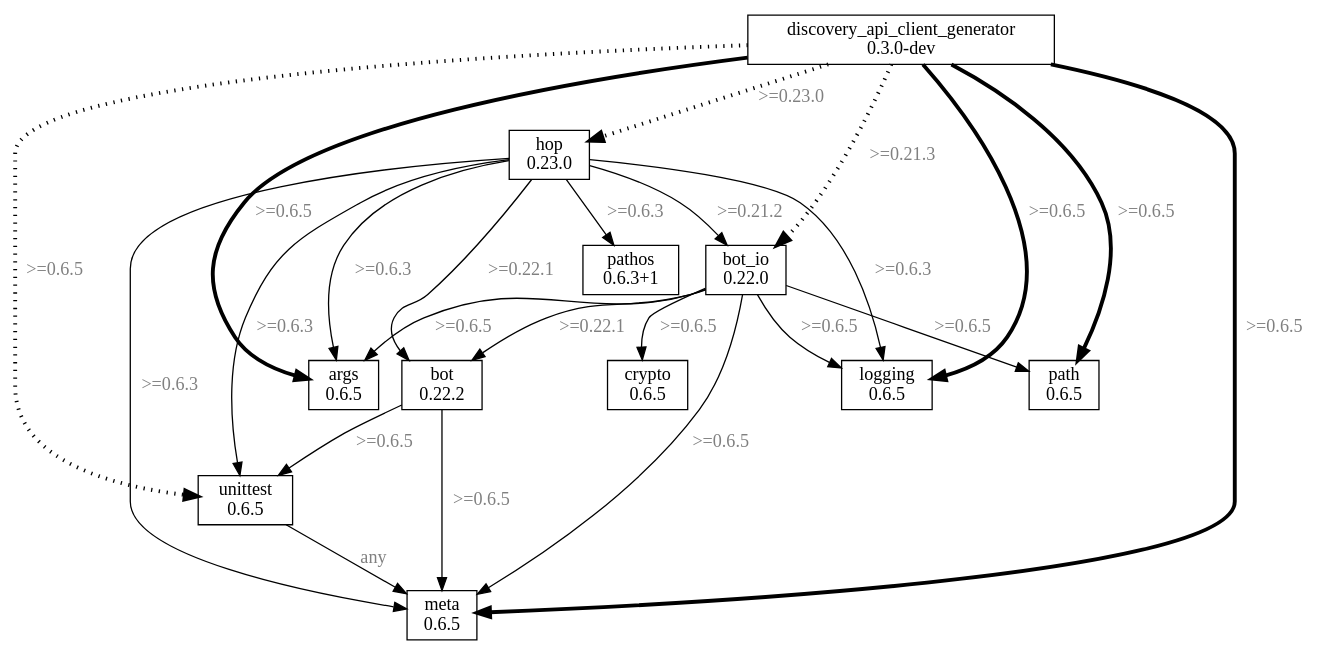
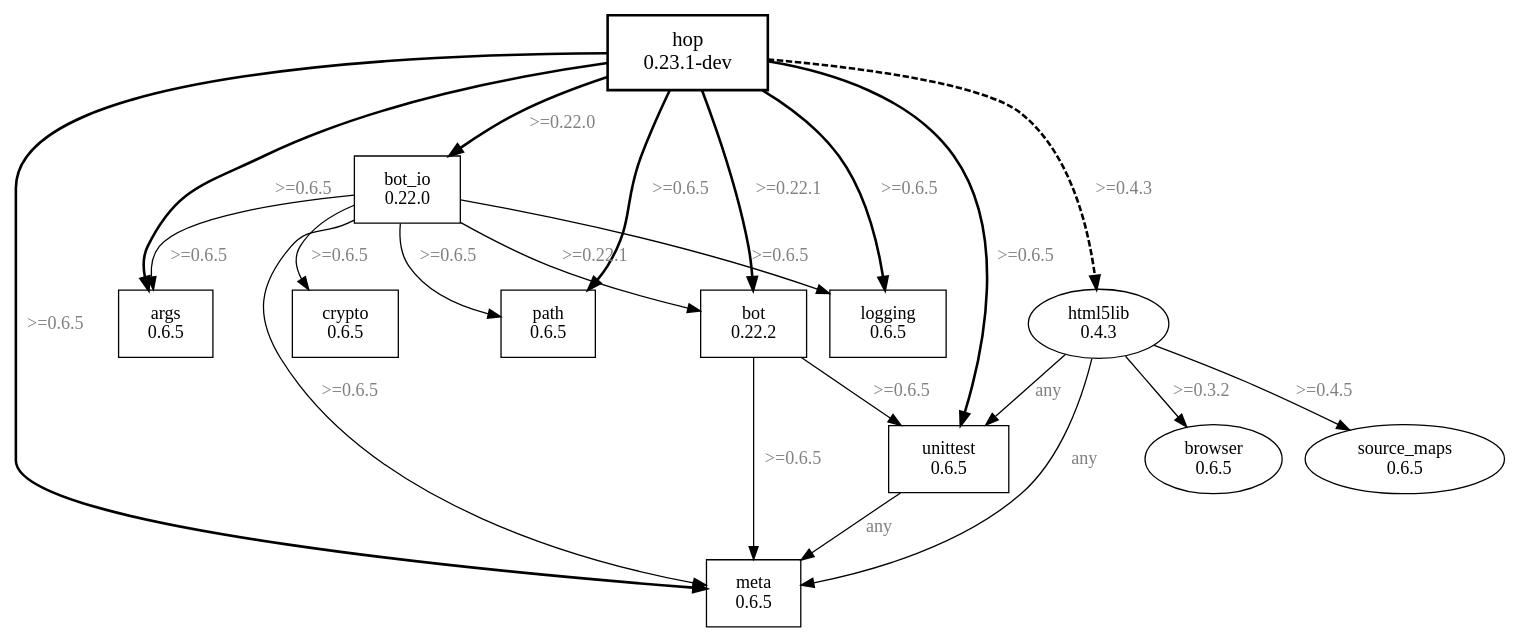
The diagram in docs/sample.dot (kevmoo/pubviz), drawn with Graphviz before and after one commit. The commit also changed 2 other files, not shown here.

Commit message:
Only included because of devDependencies? Then an oval
other style tweaks

```diff
--- a/docs/sample.dot
+++ b/docs/sample.dot
@@ -1,58 +1,59 @@
 digraph G {
 
   hop [label="hop
-0.23.0",shape=box,group=primary];
-  hop -> args [label=">=0.6.3",fontcolor=gray];
-  hop -> bot [label=">=0.22.1",fontcolor=gray];
-  hop -> bot_io [label=">=0.21.2",fontcolor=gray];
-  hop -> logging [label=">=0.6.3",fontcolor=gray];
-  hop -> meta [label=">=0.6.3",fontcolor=gray];
-  hop -> pathos [label=">=0.6.3",fontcolor=gray];
-  hop -> unittest [label=">=0.6.3",fontcolor=gray];
+0.23.1-dev",fontsize=16,style=bold,shape=box,margin="0.25,0.15",group=primary];
+  hop -> args [label=">=0.6.5",fontcolor=gray,penwidth=2];
+  hop -> bot [label=">=0.22.1",fontcolor=gray,penwidth=2];
+  hop -> bot_io [label=">=0.22.0",fontcolor=gray,penwidth=2];
+  hop -> logging [label=">=0.6.5",fontcolor=gray,penwidth=2];
+  hop -> meta [label=">=0.6.5",fontcolor=gray,penwidth=2];
+  hop -> path [label=">=0.6.5",fontcolor=gray,penwidth=2];
+  hop -> unittest [label=">=0.6.5",fontcolor=gray,penwidth=2];
+  hop -> html5lib [label=">=0.4.3",fontcolor=gray,penwidth=2,style=dashed];
+
+  html5lib [label="html5lib
+0.4.3",group=primary];
+  html5lib -> browser [label=">=0.3.2",fontcolor=gray];
+  html5lib -> meta [label="any",fontcolor=gray];
+  html5lib -> source_maps [label=">=0.4.5",fontcolor=gray];
+  html5lib -> unittest [label="any",fontcolor=gray];
+
+  browser [label="browser
+0.6.5"];
 
   args [label="args
-0.6.5",shape=box,group=primary];
+0.6.5",shape=box,margin="0.25,0.15",group=primary];
 
   bot [label="bot
-0.22.2",shape=box];
+0.22.2",shape=box,margin="0.25,0.15",group=primary];
   bot -> meta [label=">=0.6.5",fontcolor=gray];
   bot -> unittest [label=">=0.6.5",fontcolor=gray];
 
-  discovery_api_client_generator [label="discovery_api_client_generator
-0.3.0-dev",shape=box,group=primary];
-  discovery_api_client_generator -> args [label=">=0.6.5",fontcolor=gray,penwidth=3];
-  discovery_api_client_generator -> logging [label=">=0.6.5",fontcolor=gray,penwidth=3];
-  discovery_api_client_generator -> meta [label=">=0.6.5",fontcolor=gray,penwidth=3];
-  discovery_api_client_generator -> path [label=">=0.6.5",fontcolor=gray,penwidth=3];
-  discovery_api_client_generator -> bot_io [label=">=0.21.3",fontcolor=gray,penwidth=3,style=dotted];
-  discovery_api_client_generator -> hop [label=">=0.23.0",fontcolor=gray,penwidth=3,style=dotted];
-  discovery_api_client_generator -> unittest [label=">=0.6.5",fontcolor=gray,penwidth=3,style=dotted];
-
   bot_io [label="bot_io
-0.22.0",shape=box,group=primary];
+0.22.0",shape=box,margin="0.25,0.15",group=primary];
   bot_io -> args [label=">=0.6.5",fontcolor=gray];
   bot_io -> bot [label=">=0.22.1",fontcolor=gray];
   bot_io -> crypto [label=">=0.6.5",fontcolor=gray];
   bot_io -> logging [label=">=0.6.5",fontcolor=gray];
   bot_io -> meta [label=">=0.6.5",fontcolor=gray];
   bot_io -> path [label=">=0.6.5",fontcolor=gray];
 
   crypto [label="crypto
-0.6.5",shape=box];
+0.6.5",shape=box,margin="0.25,0.15"];
 
   logging [label="logging
-0.6.5",shape=box,group=primary];
+0.6.5",shape=box,margin="0.25,0.15",group=primary];
 
   meta [label="meta
-0.6.5",shape=box,group=primary];
+0.6.5",shape=box,margin="0.25,0.15",group=primary];
 
   path [label="path
-0.6.5",shape=box,group=primary];
+0.6.5",shape=box,margin="0.25,0.15",group=primary];
+
+  source_maps [label="source_maps
+0.6.5"];
 
   unittest [label="unittest
-0.6.5",shape=box,group=primary];
+0.6.5",shape=box,margin="0.25,0.15",group=primary];
   unittest -> meta [label="any",fontcolor=gray];
-
-  pathos [label="pathos
-0.6.3+1",shape=box];
 }
```
